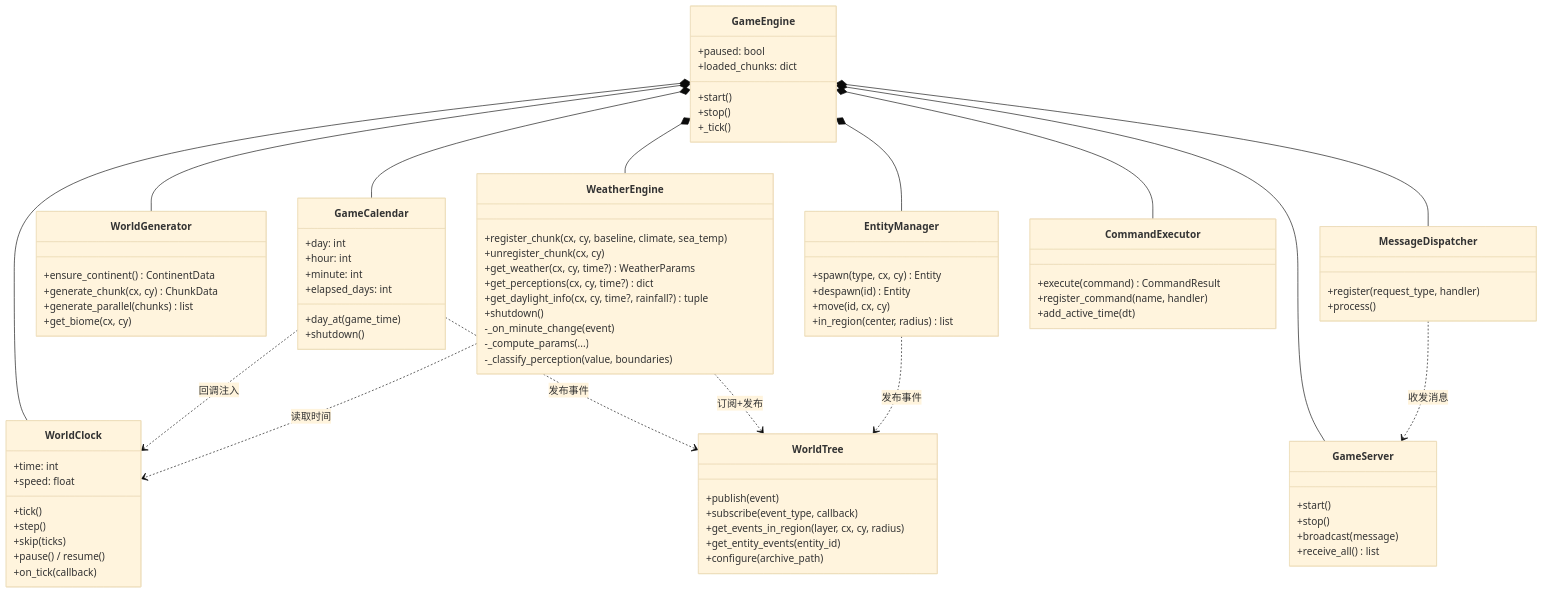
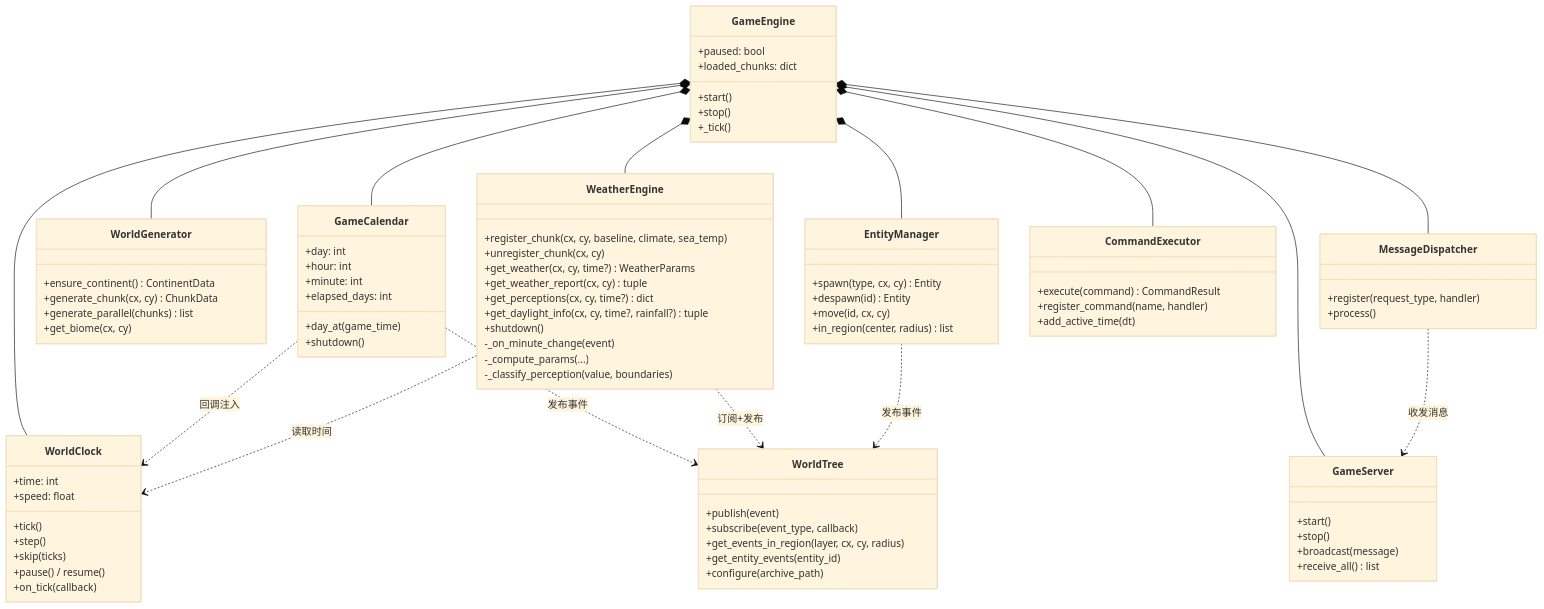
The sixth of 6 diagrams in docs/diagrams/architecture.md (Jedidiah-Zhang/Ascend), drawn with Mermaid (base theme) before and after one commit. The commit also changed 14 other files, not shown here.

```diff
--- a/docs/diagrams/architecture.md
+++ b/docs/diagrams/architecture.md
@@ -216,6 +216,7 @@
         +register_chunk(cx, cy, baseline, climate, sea_temp)
         +unregister_chunk(cx, cy)
         +get_weather(cx, cy, time?) WeatherParams
+        +get_weather_report(cx, cy) tuple
         +get_perceptions(cx, cy, time?) dict
         +get_daylight_info(cx, cy, time?, rainfall?) tuple
         +shutdown()
```
